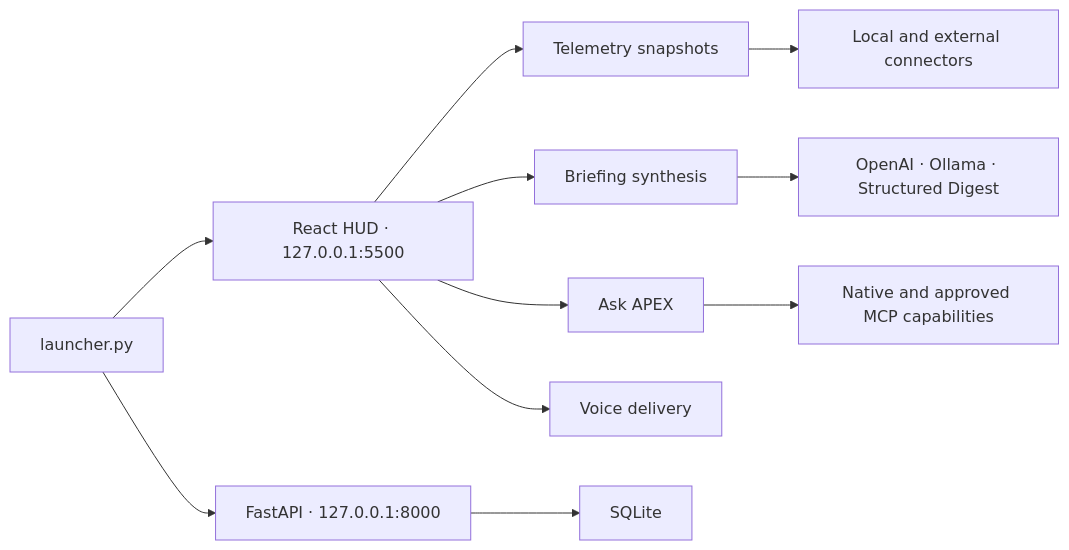
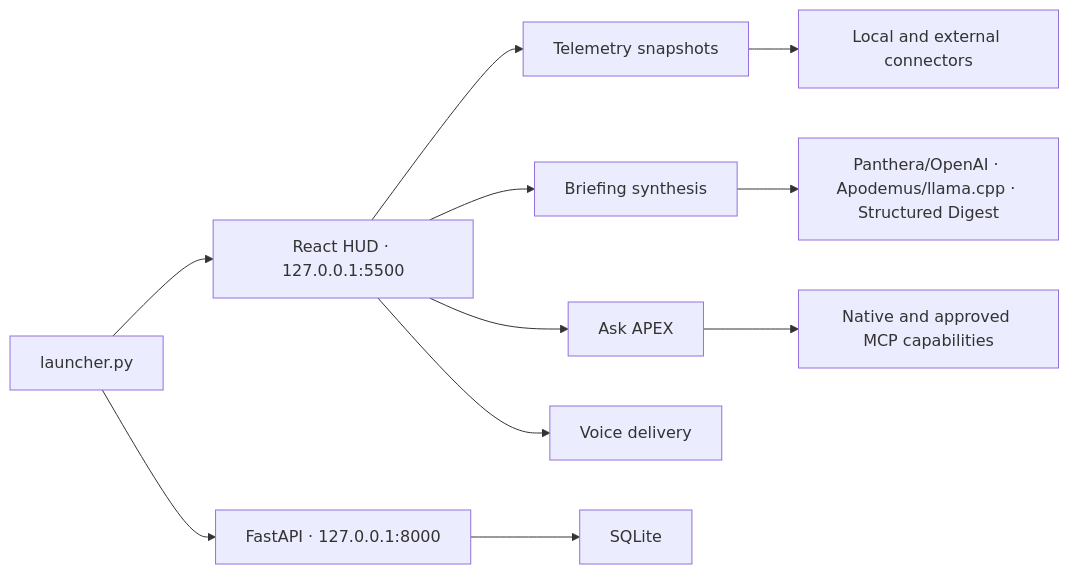
The diagram in README.md (edumarcano/APEX), drawn with Mermaid before and after one commit. The commit also changed other lines of this file and 61 other files, not shown here.

````diff
--- a/README.md
+++ b/README.md
@@ -70,13 +70,13 @@
 ```mermaid
 flowchart LR
     L["launcher.py"] --> API["FastAPI · 127.0.0.1:8000"]
     L --> HUD["React HUD · 127.0.0.1:5500"]
     HUD --> T["Telemetry snapshots"]
     HUD --> B["Briefing synthesis"]
     HUD --> A["Ask APEX"]
     HUD --> V["Voice delivery"]
     T --> C["Local and external connectors"]
-    B --> M["OpenAI · Ollama · Structured Digest"]
+    B --> M["Panthera/OpenAI · Apodemus/llama.cpp · Structured Digest"]
     A --> P["Native and approved MCP capabilities"]
     API --> DB["SQLite"]
 ```
````
